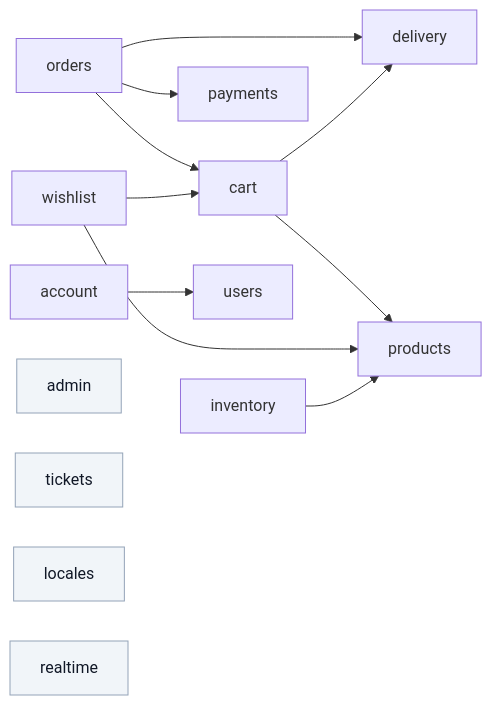
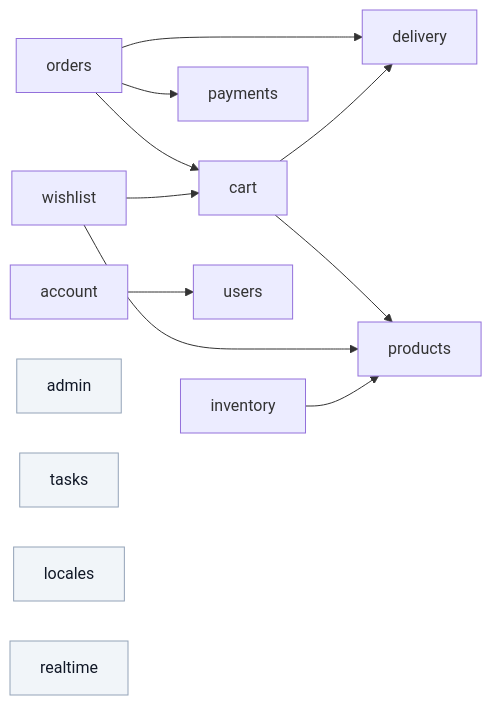
Before and after one commit to Guebbit/boilerplate-vue-frontend: the first of 3 diagrams in docs/theory/layers.md, drawn with Mermaid. The commit also changed other lines of this file and 121 other files, not shown here.

First line of the commit message:
refactor(tasks)!: rename the tickets module to tasks, matching the backend contract

````diff
--- a/docs/theory/layers.md
+++ b/docs/theory/layers.md
@@ -58,20 +58,20 @@
 ```mermaid
 %%{init: {'flowchart': {'nodeSpacing': 40, 'rankSpacing': 50}}}%%
 flowchart LR
     orders --> cart
     orders --> delivery
     orders --> payments
     cart --> delivery
     cart --> products
     wishlist --> products
     wishlist --> cart
     inventory --> products
     account --> users
 
     admin:::leaf
-    tickets:::leaf
+    tasks:::leaf
     locales:::leaf
     realtime:::leaf
 
     classDef leaf fill:#f1f5f9,stroke:#94a3b8,color:#111827;
 ```
````
